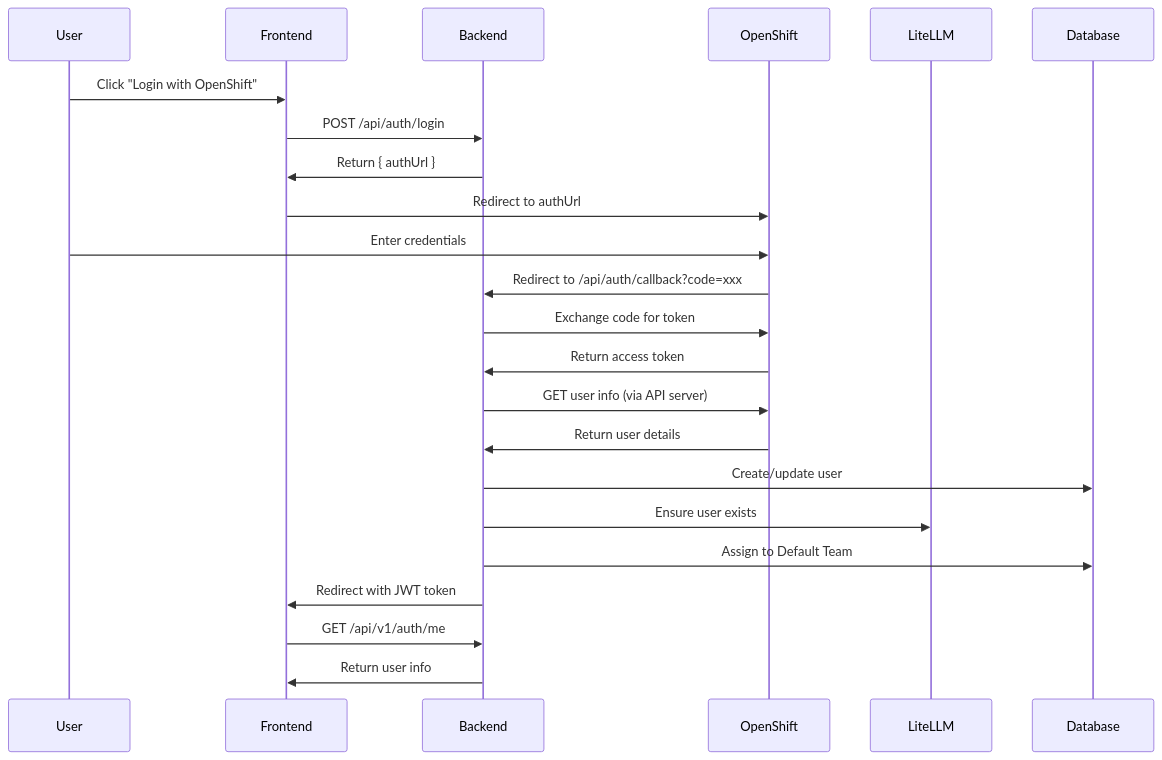
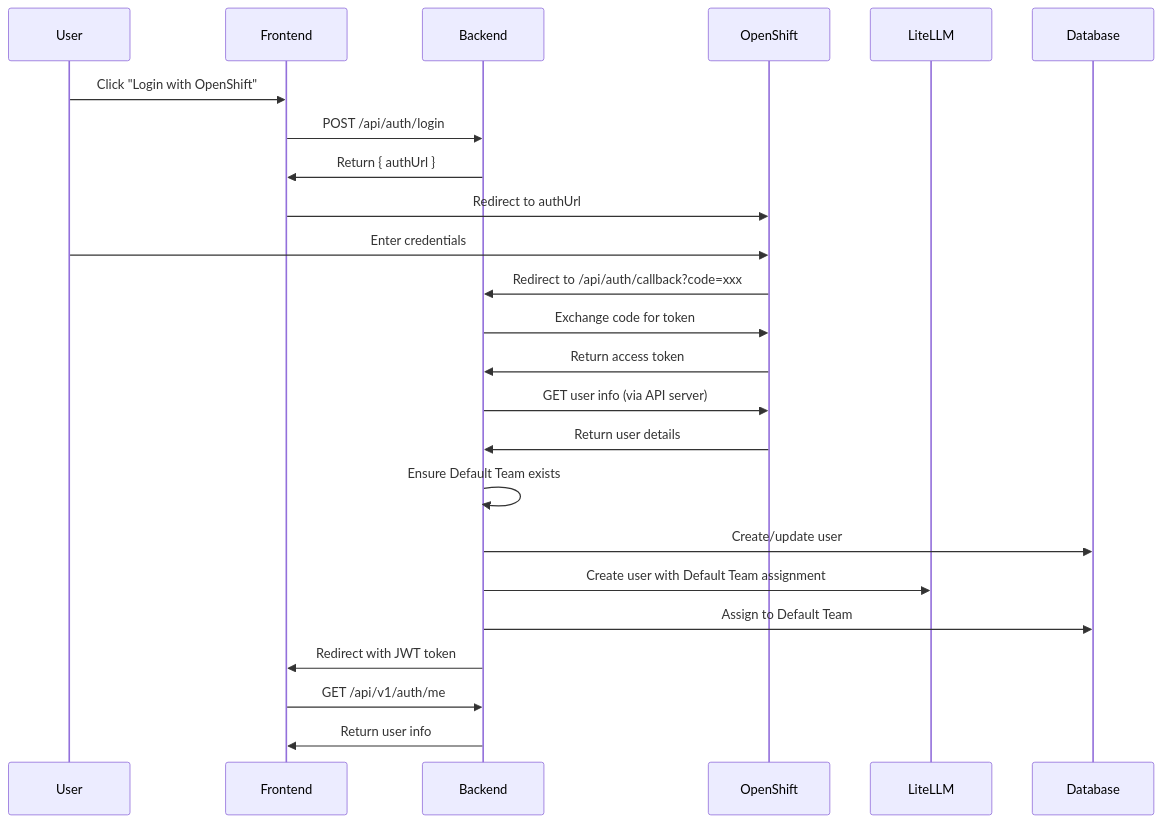
The diagram in docs/features/authentication-flow.md (rh-aiservices-bu/litemaas), drawn with Mermaid before and after one commit. The commit also changed other lines of this file and 6 other files, not shown here.

First line of the commit message:
Enhance Default Team Implementation and User Management

````diff
--- a/docs/features/authentication-flow.md
+++ b/docs/features/authentication-flow.md
@@ -33,26 +33,27 @@
 ```mermaid
 sequenceDiagram
     participant User
     participant Frontend
     participant Backend
     participant OpenShift
     participant LiteLLM
     participant Database
 
     User->>Frontend: Click "Login with OpenShift"
     Frontend->>Backend: POST /api/auth/login
     Backend->>Frontend: Return { authUrl }
     Frontend->>OpenShift: Redirect to authUrl
     User->>OpenShift: Enter credentials
     OpenShift->>Backend: Redirect to /api/auth/callback?code=xxx
     Backend->>OpenShift: Exchange code for token
     OpenShift->>Backend: Return access token
     Backend->>OpenShift: GET user info (via API server)
     OpenShift->>Backend: Return user details
+    Backend->>Backend: Ensure Default Team exists
     Backend->>Database: Create/update user
-    Backend->>LiteLLM: Ensure user exists
+    Backend->>LiteLLM: Create user with Default Team assignment
     Backend->>Database: Assign to Default Team
     Backend->>Frontend: Redirect with JWT token
     Frontend->>Backend: GET /api/v1/auth/me
     Backend->>Frontend: Return user info
 ```
````
